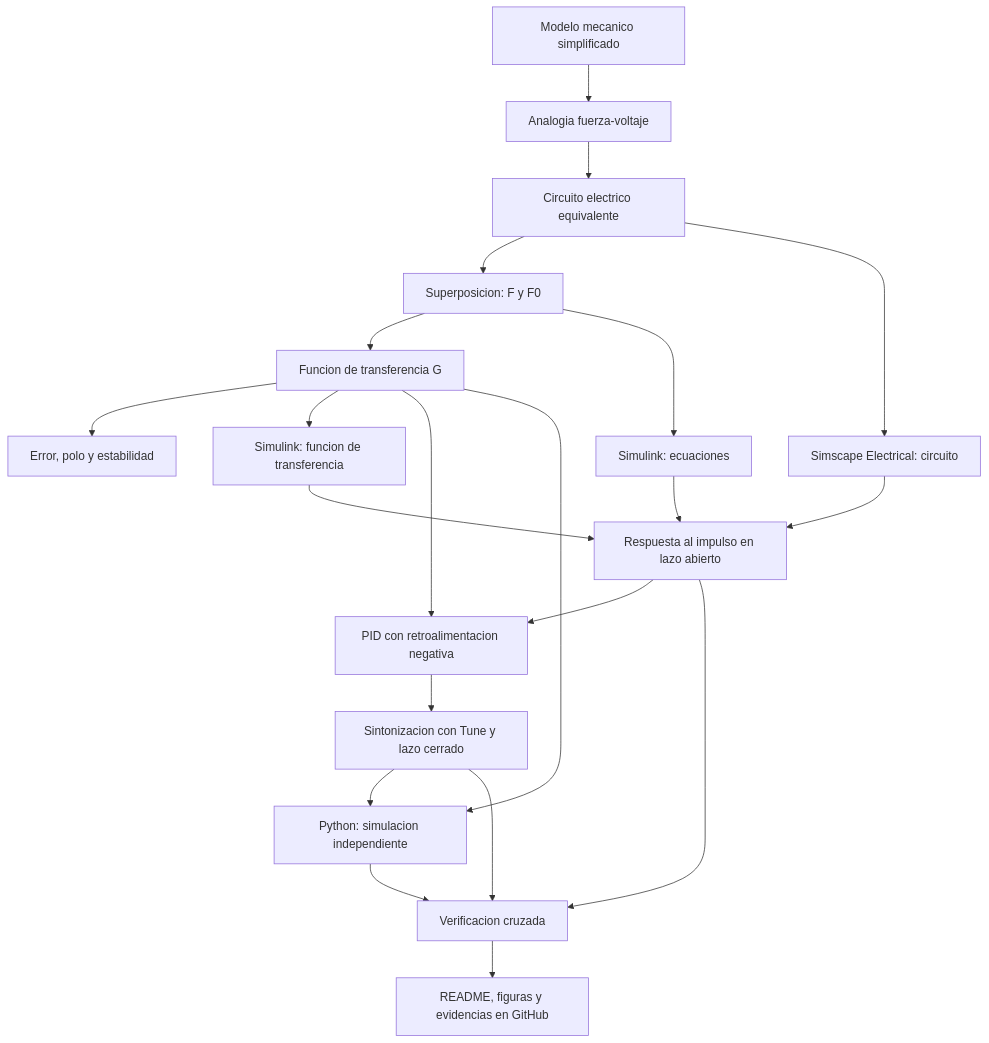
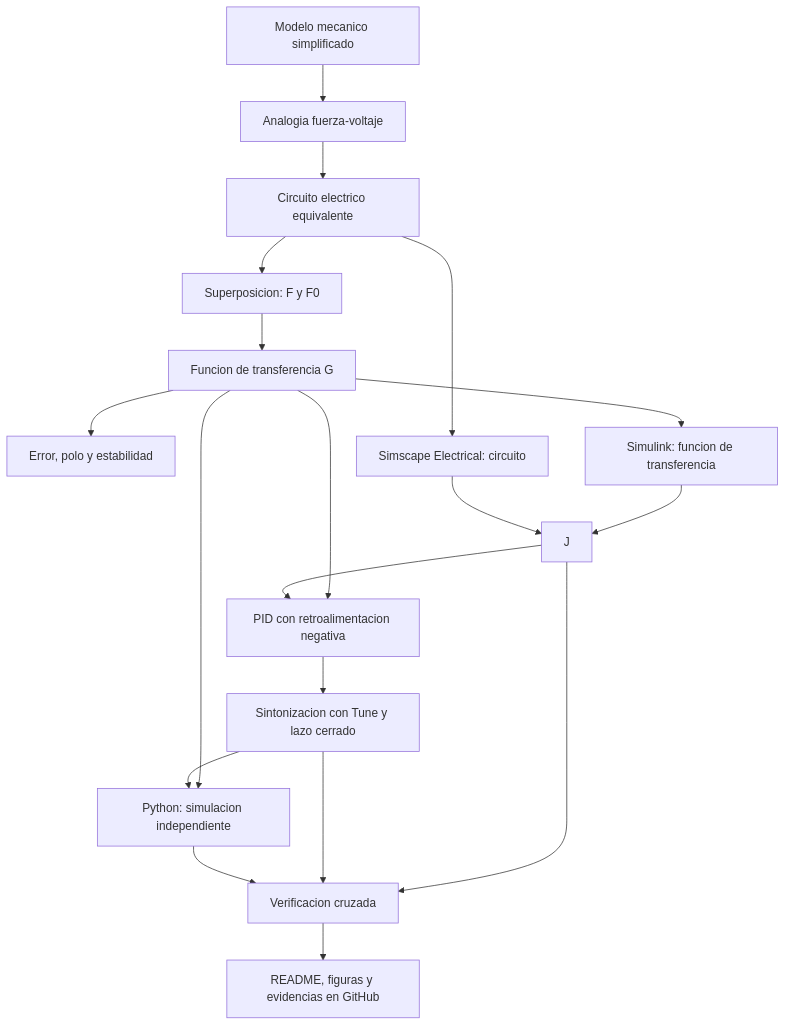
The diagram in README.md (l23212195-cpu/MSFP3), drawn with Mermaid before and after one commit. The commit also changed other lines of this file, not shown here.

````diff
--- a/README.md
+++ b/README.md
@@ -493,23 +606,21 @@
 ```mermaid
 flowchart TD
     A[Modelo mecanico simplificado] --> B[Analogia fuerza-voltaje]
     B --> C[Circuito electrico equivalente]
     C --> D[Superposicion: F y F0]
     D --> E[Funcion de transferencia G]
     E --> F[Error, polo y estabilidad]
-    D --> G[Simulink: ecuaciones]
     E --> H[Simulink: funcion de transferencia]
     C --> I[Simscape Electrical: circuito]
-    G --> J[Respuesta al impulso en lazo abierto]
     H --> J
     I --> J
     E --> K[PID con retroalimentacion negativa]
     J --> K
     K --> L[Sintonizacion con Tune y lazo cerrado]
     E --> M[Python: simulacion independiente]
     L --> M
     J --> N[Verificacion cruzada]
     L --> N
     M --> N
     N --> O[README, figuras y evidencias en GitHub]
 ```
````
